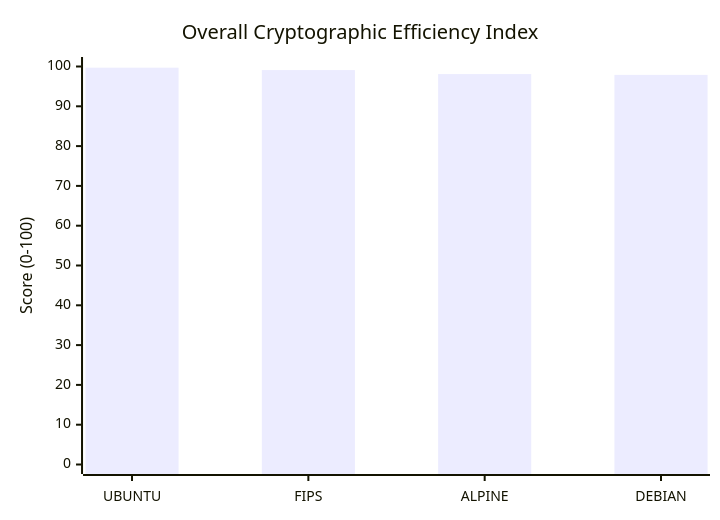
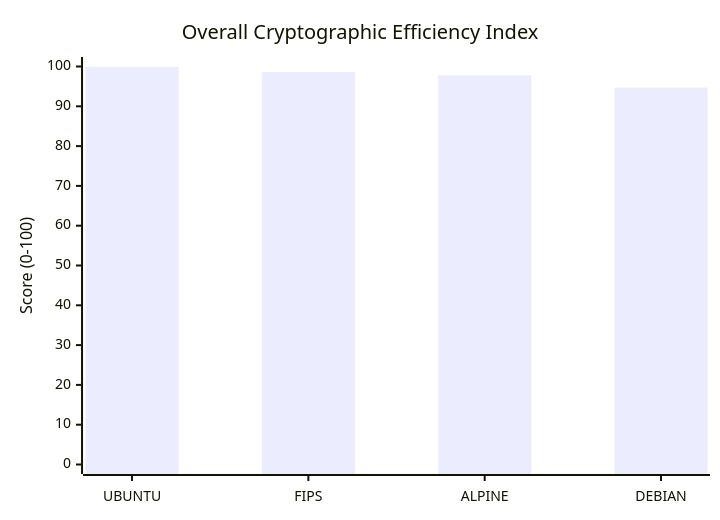
Before and after one commit to taha2samy/openssl_fips: the ninth of 9 diagrams in docs/Comparison_Report.md, drawn with Mermaid. The commit also changed other lines of this file and 2 other files, not shown here.

````diff
--- a/docs/Comparison_Report.md
+++ b/docs/Comparison_Report.md
@@ -182,7 +182,7 @@
 ```mermaid
 xychart-beta
     title "Overall Cryptographic Efficiency Index"
     x-axis [UBUNTU, FIPS, ALPINE, DEBIAN]
     y-axis "Score (0-100)" 0 --> 100
-    bar [99.7, 99.1, 98.1, 97.9]
+    bar [99.9, 98.6, 97.8, 94.7]
 ```
````
